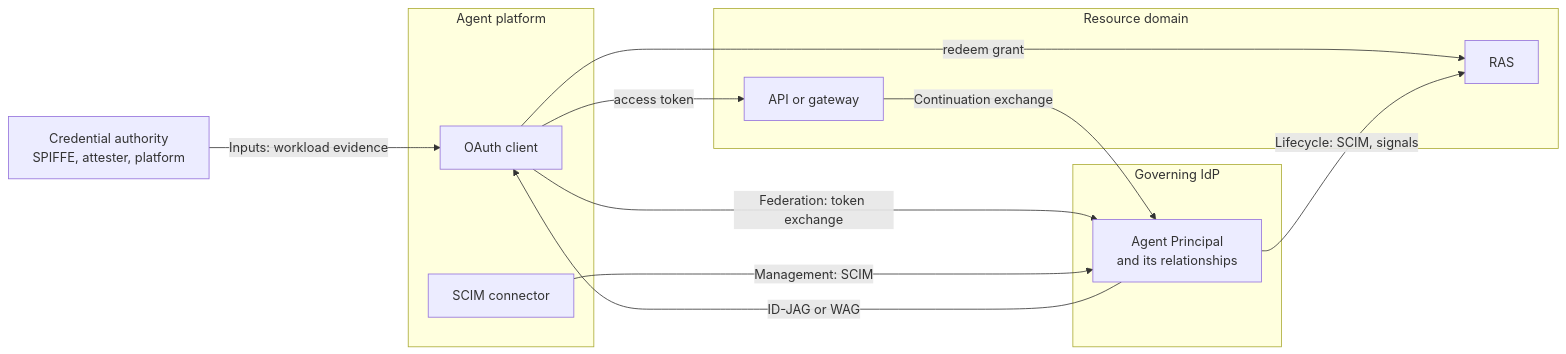
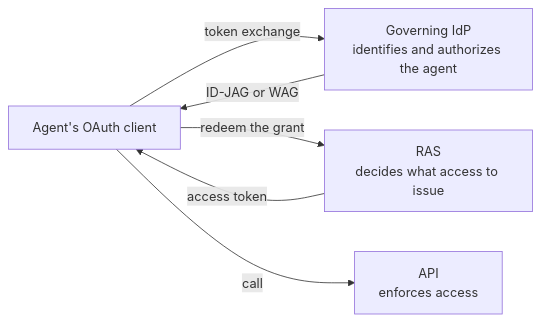
The diagram in README.md (mcguinness/governed-agent-profiles), drawn with Mermaid before and after one commit. The commit also changed other lines of this file, not shown here.

````diff
--- a/README.md
+++ b/README.md
@@ -26,23 +27,12 @@
 ```mermaid
 flowchart LR
-  authority["Credential authority<br/>SPIFFE, attester, platform"]
-  subgraph platform["Agent platform"]
-    connector["SCIM connector"]
-    client["OAuth client"]
-  end
-  subgraph idp["Governing IdP"]
-    principal["Agent Principal<br/>and its relationships"]
-  end
-  subgraph domain["Resource domain"]
-    ras["RAS"]
-    api["API or gateway"]
-  end
-  client -->|"Federation: token exchange"| principal
-  principal -->|"ID-JAG or WAG"| client
-  client -->|"redeem grant"| ras
-  client -->|"access token"| api
-  authority -->|"Inputs: workload evidence"| client
-  connector -->|"Management: SCIM"| principal
-  principal -->|"Lifecycle: SCIM, signals"| ras
-  api -->|"Continuation exchange"| principal
+  client["Agent's OAuth client"]
+  idp["Governing IdP<br/>identifies and authorizes the agent"]
+  ras["RAS<br/>decides what access to issue"]
+  api["API<br/>enforces access"]
+  client -->|"token exchange"| idp
+  idp -->|"ID-JAG or WAG"| client
+  client -->|"redeem the grant"| ras
+  ras -->|"access token"| client
+  client -->|"call"| api
 ```
````
